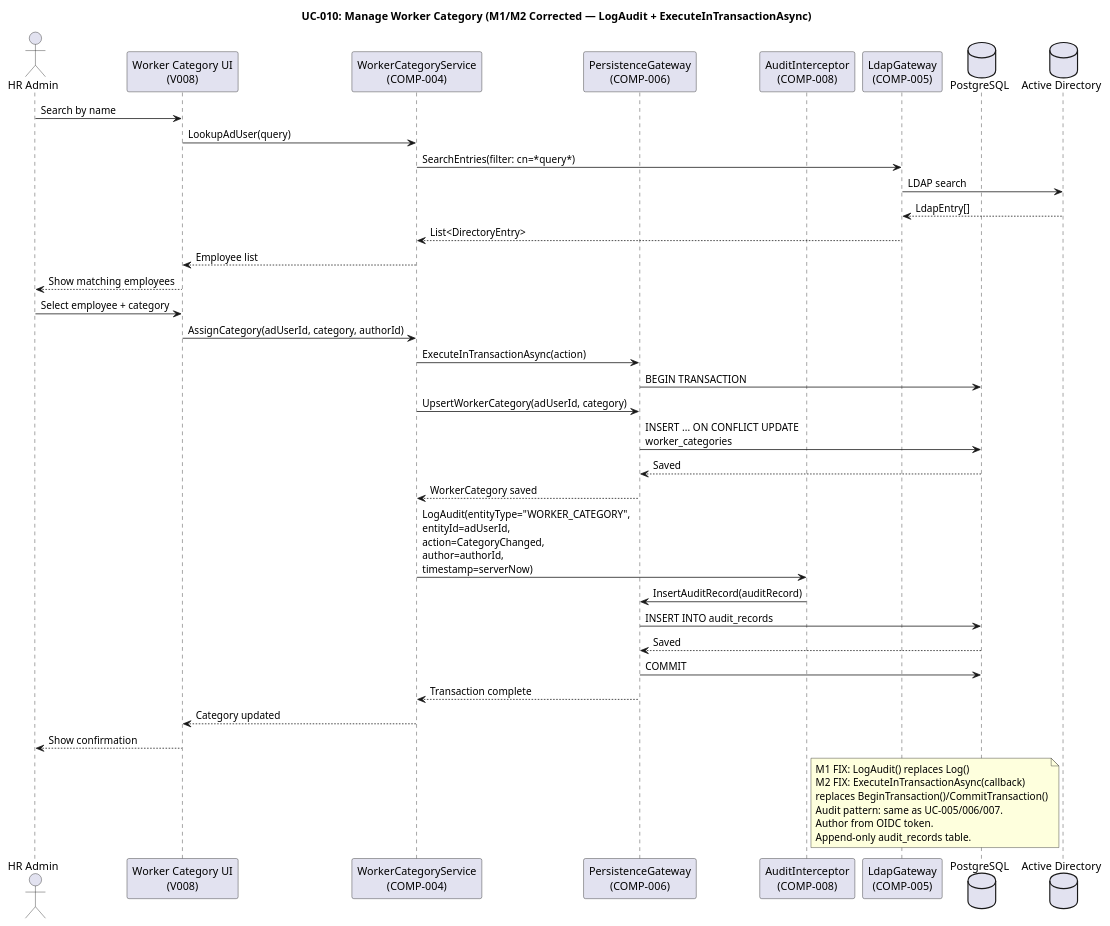
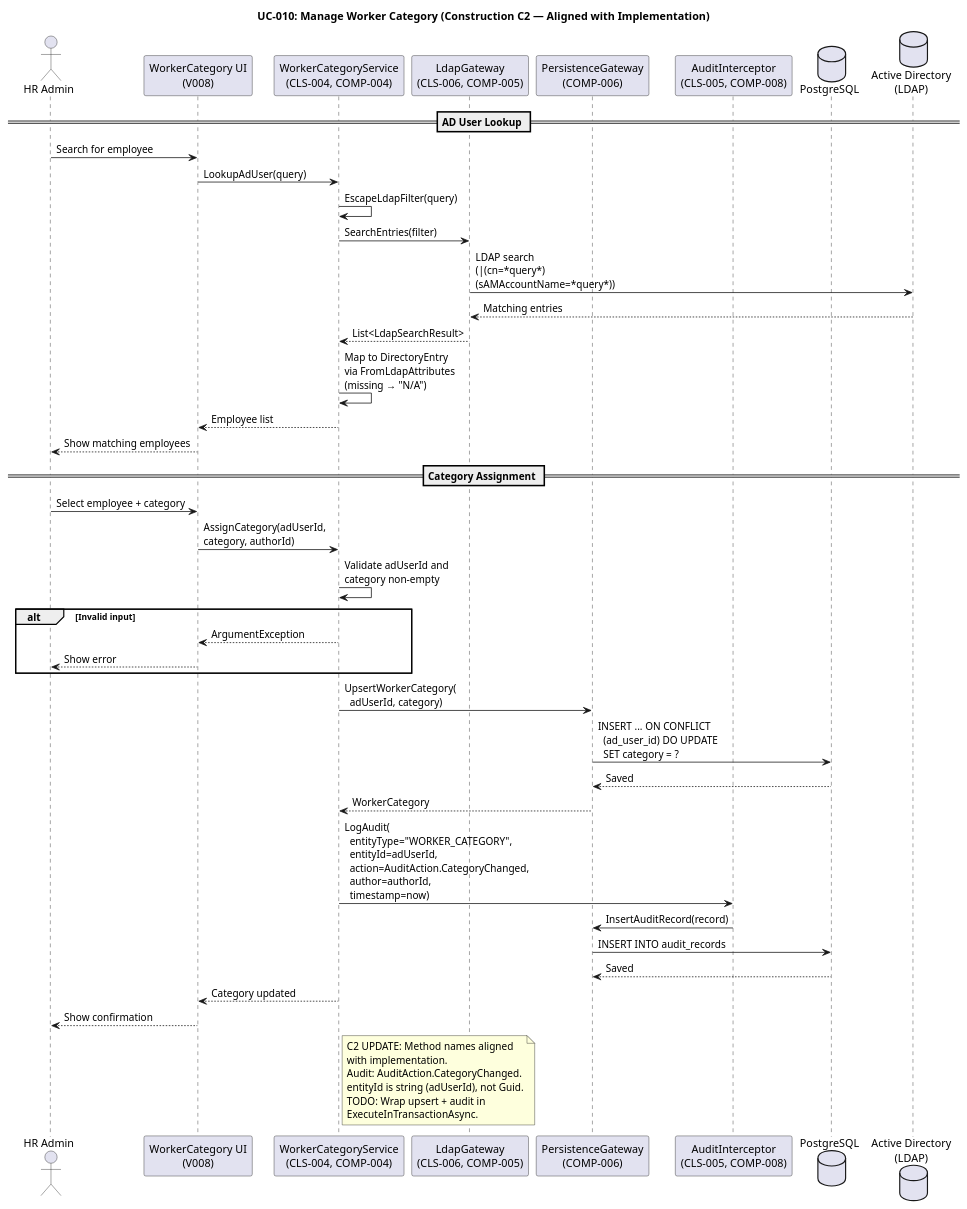
Diagram 11 of 33 in docs/artifacts/analysis---design/design-model.md (banense-test/portal-cuba-corp), drawn with PlantUML before and after one commit. The commit also changed other lines of this file, not shown here.

First line of the commit message:
Designer [C2]: upsert Design Model

````diff
--- a/docs/artifacts/analysis---design/design-model.md
+++ b/docs/artifacts/analysis---design/design-model.md
@@ -663,55 +769,62 @@
 ```plantuml
 @startuml
-title UC-010: Manage Worker Category (M1/M2 Corrected — LogAudit + ExecuteInTransactionAsync)
+title UC-010: Manage Worker Category (Construction C2 — Aligned with Implementation)
 
 actor "HR Admin" as HR
-participant "Worker Category UI\n(V008)" as UI
-participant "WorkerCategoryService\n(COMP-004)" as SVC
+participant "WorkerCategory UI\n(V008)" as UI
+participant "WorkerCategoryService\n(CLS-004, COMP-004)" as SVC
+participant "LdapGateway\n(CLS-006, COMP-005)" as LDAP
 participant "PersistenceGateway\n(COMP-006)" as DB
-participant "AuditInterceptor\n(COMP-008)" as AUDIT
-participant "LdapGateway\n(COMP-005)" as LDAP
+participant "AuditInterceptor\n(CLS-005, COMP-008)" as AUDIT
 database "PostgreSQL" as PG
-database "Active Directory" as AD
+database "Active Directory\n(LDAP)" as AD
 
-HR -> UI : Search by name
+== AD User Lookup ==
+
+HR -> UI : Search for employee
 UI -> SVC : LookupAdUser(query)
-SVC -> LDAP : SearchEntries(filter: cn=*query*)
-LDAP -> AD : LDAP search
-AD --> LDAP : LdapEntry[]
-LDAP --> SVC : List<DirectoryEntry>
+SVC -> SVC : EscapeLdapFilter(query)
+SVC -> LDAP : SearchEntries(filter)
+LDAP -> AD : LDAP search\n(|(cn=*query*)\n(sAMAccountName=*query*))
+AD --> LDAP : Matching entries
+LDAP --> SVC : List<LdapSearchResult>
+SVC -> SVC : Map to DirectoryEntry\nvia FromLdapAttributes\n(missing → "N/A")
 SVC --> UI : Employee list
 UI --> HR : Show matching employees
 
+== Category Assignment ==
+
 HR -> UI : Select employee + category
-UI -> SVC : AssignCategory(adUserId, category, authorId)
+UI -> SVC : AssignCategory(adUserId,\ncategory, authorId)
 
-SVC -> DB : ExecuteInTransactionAsync(action)
-DB -> PG : BEGIN TRANSACTION
+SVC -> SVC : Validate adUserId and\ncategory non-empty
 
-SVC -> DB : UpsertWorkerCategory(adUserId, category)
-DB -> PG : INSERT ... ON CONFLICT UPDATE\nworker_categories
+alt Invalid input
+  SVC --> UI : ArgumentException
+  UI --> HR : Show error
+end
+
+SVC -> DB : UpsertWorkerCategory(\n  adUserId, category)
+DB -> PG : INSERT ... ON CONFLICT\n  (ad_user_id) DO UPDATE\n  SET category = ?
 PG --> DB : Saved
-DB --> SVC : WorkerCategory saved
+DB --> SVC : WorkerCategory
 
-SVC -> AUDIT : LogAudit(entityType="WORKER_CATEGORY",\nentityId=adUserId,\naction=CategoryChanged,\nauthor=authorId,\ntimestamp=serverNow)
-AUDIT -> DB : InsertAuditRecord(auditRecord)
+SVC -> AUDIT : LogAudit(\n  entityType="WORKER_CATEGORY",\n  entityId=adUserId,\n  action=AuditAction.CategoryChanged,\n  author=authorId,\n  timestamp=now)
+AUDIT -> DB : InsertAuditRecord(record)
 DB -> PG : INSERT INTO audit_records
 PG --> DB : Saved
-
-DB -> PG : COMMIT
-DB --> SVC : Transaction complete
 
 SVC --> UI : Category updated
 UI --> HR : Show confirmation
 
-note right of AUDIT
-  M1 FIX: LogAudit() replaces Log()
-  M2 FIX: ExecuteInTransactionAsync(callback)
-  replaces BeginTransaction()/CommitTransaction()
-  Audit pattern: same as UC-005/006/007.
-  Author from OIDC token.
-  Append-only audit_records table.
+note right of SVC
+  C2 UPDATE: Method names aligned
+  with implementation.
+  Audit: AuditAction.CategoryChanged.
+  entityId is string (adUserId), not Guid.
+  TODO: Wrap upsert + audit in
+  ExecuteInTransactionAsync.
 end note
 
 @enduml
 ```
````
